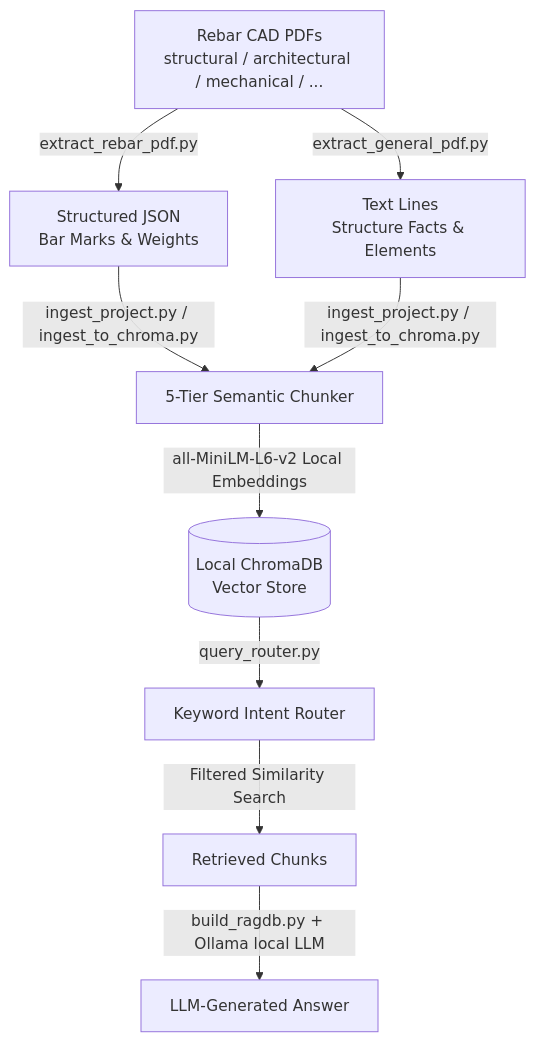
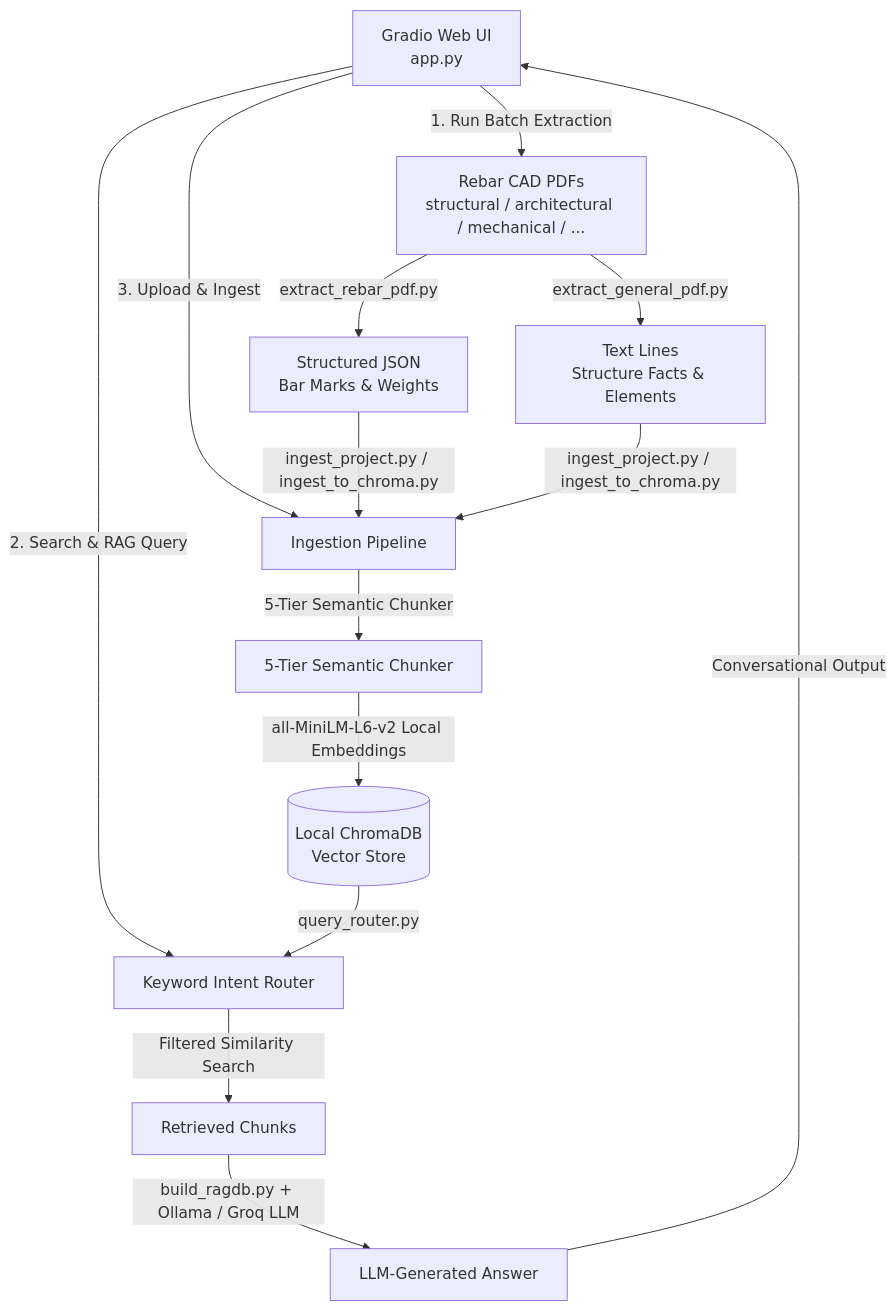
The diagram in README.md (Dakshin10/Construct_ai_PyMuPDF), drawn with Mermaid before and after one commit. The commit also changed other lines of this file and 19 other files, not shown here.

````diff
--- a/README.md
+++ b/README.md
@@ -48,10 +48,18 @@
 ```mermaid
 graph TD
-    A[Rebar CAD PDFs<br/>structural / architectural / mechanical / ...] -->|extract_rebar_pdf.py| B1[Structured JSON<br/>Bar Marks & Weights]
+    UI[Gradio Web UI<br/>app.py] -->|1. Run Batch Extraction| A[Rebar CAD PDFs<br/>structural / architectural / mechanical / ...]
+    UI -->|2. Search & RAG Query| E[Keyword Intent Router]
+    UI -->|3. Upload & Ingest| IngestRoute[Ingestion Pipeline]
+
+    A -->|extract_rebar_pdf.py| B1[Structured JSON<br/>Bar Marks & Weights]
     A -->|extract_general_pdf.py| B2[Text Lines<br/>Structure Facts & Elements]
-    B1 & B2 -->|ingest_project.py / ingest_to_chroma.py| C[5-Tier Semantic Chunker]
+
+    B1 & B2 -->|ingest_project.py / ingest_to_chroma.py| IngestRoute
+    IngestRoute -->|5-Tier Semantic Chunker| C[5-Tier Semantic Chunker]
     C -->|all-MiniLM-L6-v2 Local Embeddings| D[(Local ChromaDB<br/>Vector Store)]
-    D -->|query_router.py| E[Keyword Intent Router]
+
+    D -->|query_router.py| E
     E -->|Filtered Similarity Search| F[Retrieved Chunks]
-    F -->|build_ragdb.py + Ollama local LLM| G[LLM-Generated Answer]
+    F -->|build_ragdb.py + Ollama / Groq LLM| G[LLM-Generated Answer]
+    G -->|Conversational Output| UI
 ```
````
